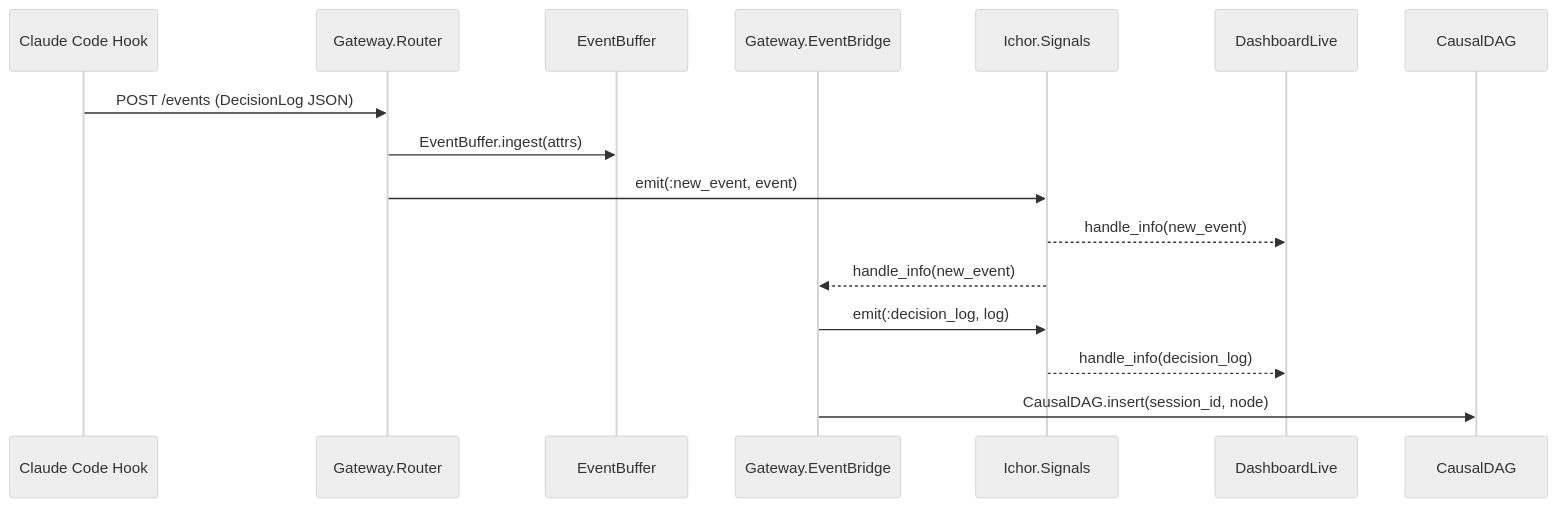
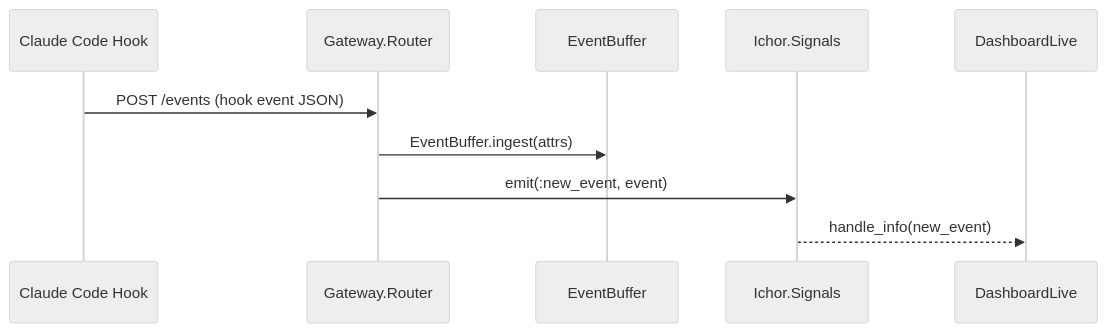
The second of 4 diagrams in REFACTOR.md (architects-of-type-IV/agent-observatory), drawn with Mermaid (neutral theme) before and after one commit. The commit also changed other lines of this file and 9 other files, not shown here.

````diff
--- a/REFACTOR.md
+++ b/REFACTOR.md
@@ -364,19 +365,13 @@
 ```mermaid
 sequenceDiagram
     participant Hook as Claude Code Hook
     participant GW as Gateway.Router
     participant EB as EventBuffer
-    participant EVB as Gateway.EventBridge
     participant Sig as Ichor.Signals
     participant LiveView as DashboardLive
-    participant DAG as CausalDAG
 
-    Hook->>GW: POST /events (DecisionLog JSON)
+    Hook->>GW: POST /events (hook event JSON)
     GW->>EB: EventBuffer.ingest(attrs)
     GW->>Sig: emit(:new_event, event)
     Sig-->>LiveView: handle_info(new_event)
-    Sig-->>EVB: handle_info(new_event)
-    EVB->>Sig: emit(:decision_log, log)
-    Sig-->>LiveView: handle_info(decision_log)
-    EVB->>DAG: CausalDAG.insert(session_id, node)
 ```
````
